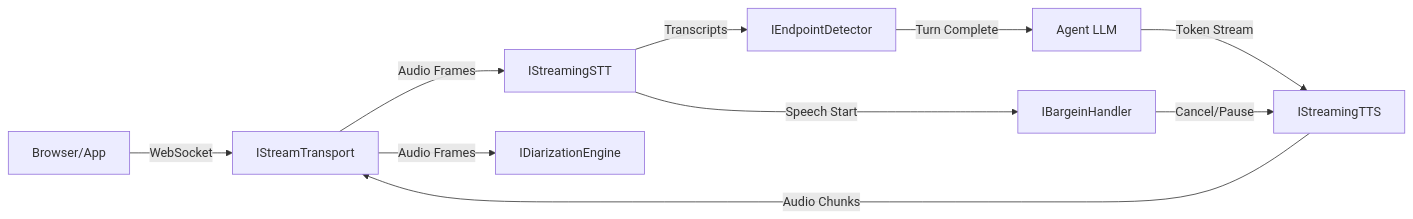
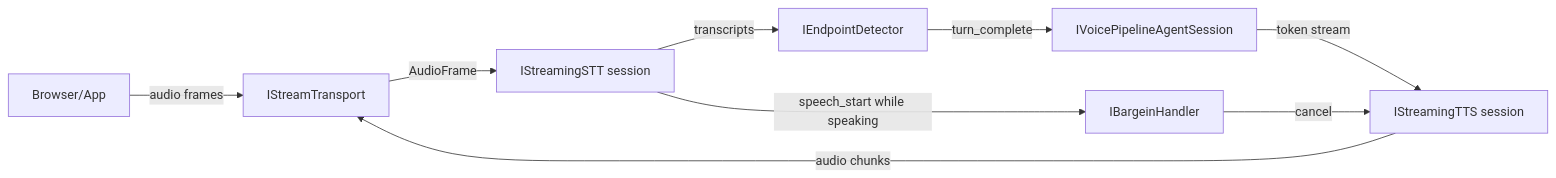
One commit to framerslab/agentos changed the first of 2 diagrams in docs/features/VOICE_PIPELINE.md. Above: the diagram before and after it, drawn with Mermaid. The commit also changed other lines of this file, not shown here.

First line of the commit message:
docs(voice): describe the voice pipeline as the orchestrator runs it

````diff
--- a/docs/features/VOICE_PIPELINE.md
+++ b/docs/features/VOICE_PIPELINE.md
@@ -16,12 +12,11 @@
 ```mermaid
 graph LR
-    Client[Browser/App] -->|WebSocket| Transport[IStreamTransport]
-    Transport -->|Audio Frames| STT[IStreamingSTT]
-    Transport -->|Audio Frames| Diarization[IDiarizationEngine]
-    STT -->|Transcripts| Endpoint[IEndpointDetector]
-    Endpoint -->|Turn Complete| LLM[Agent LLM]
-    LLM -->|Token Stream| TTS[IStreamingTTS]
-    TTS -->|Audio Chunks| Transport
-    STT -->|Speech Start| Bargein[IBargeinHandler]
-    Bargein -->|Cancel/Pause| TTS
+    Client[Browser/App] -->|audio frames| Transport[IStreamTransport]
+    Transport -->|AudioFrame| STT[IStreamingSTT session]
+    STT -->|transcripts| Endpoint[IEndpointDetector]
+    Endpoint -->|turn_complete| Agent[IVoicePipelineAgentSession]
+    Agent -->|token stream| TTS[IStreamingTTS session]
+    TTS -->|audio chunks| Transport
+    STT -->|speech_start while speaking| Bargein[IBargeinHandler]
+    Bargein -->|cancel| TTS
 ```
````
